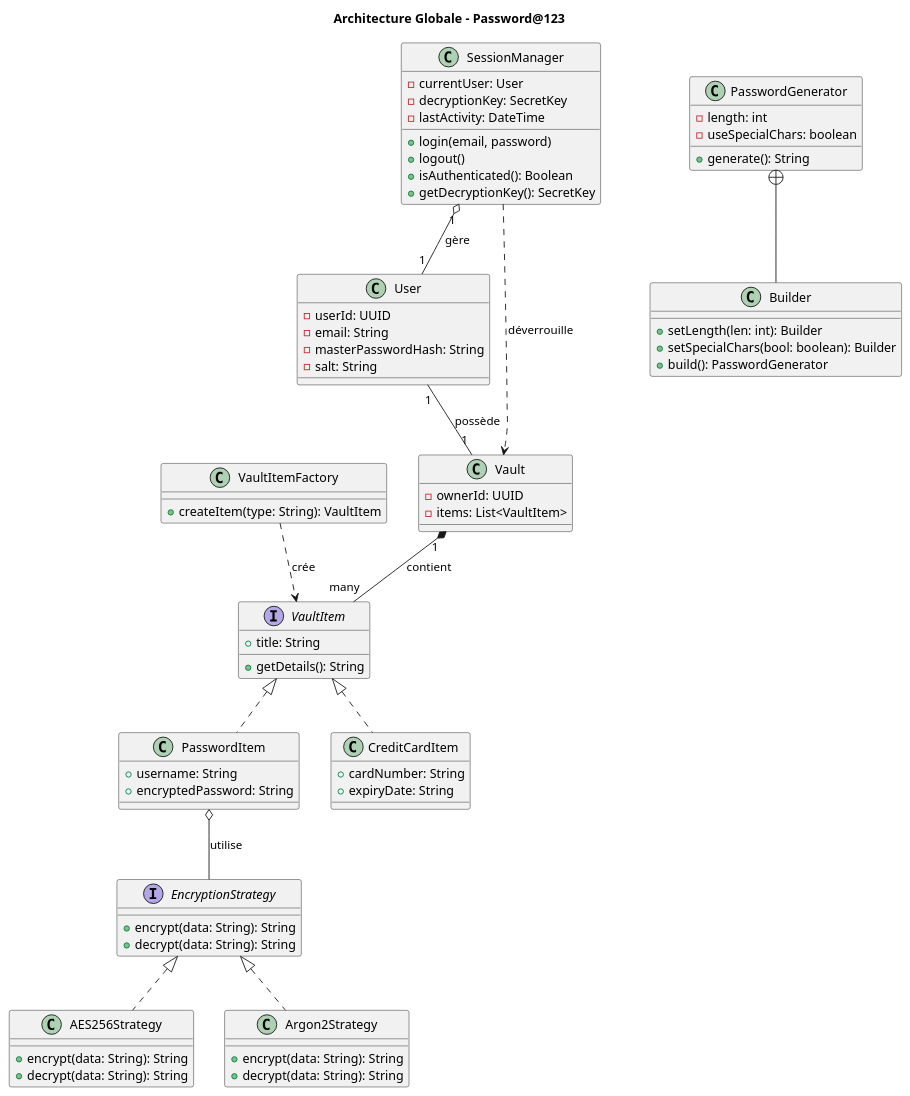
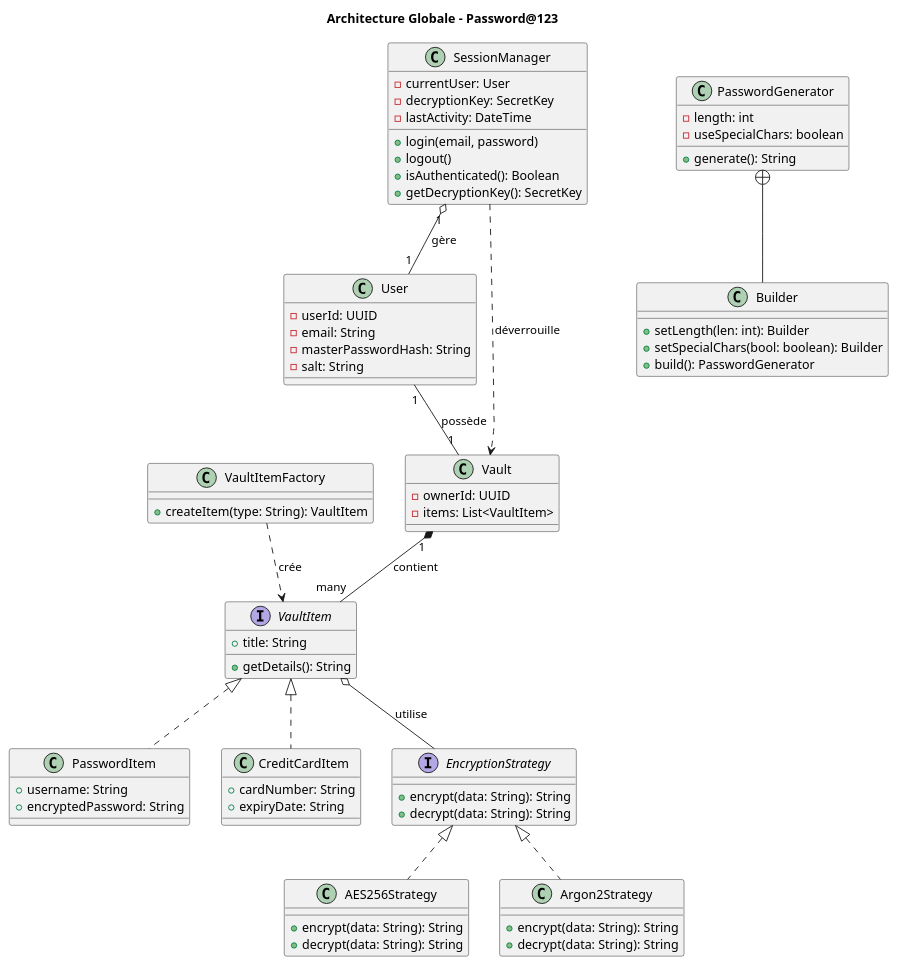
Before and after one commit to CPE-LYON-APICOT/projet-password-123: the first of 2 diagrams in docs/conception.md, drawn with PlantUML.

Commit message:
conception uml update

```diff
--- a/docs/conception.md
+++ b/docs/conception.md
@@ -141,7 +141,7 @@
 SessionManager ..> Vault : déverrouille
 Vault "1" *-- "many" VaultItem : contient
 VaultItemFactory ..> VaultItem : crée
-PasswordItem o-- EncryptionStrategy : utilise
+VaultItem o-- EncryptionStrategy : utilise
 PasswordGenerator +-- Builder
 
 @enduml
```
